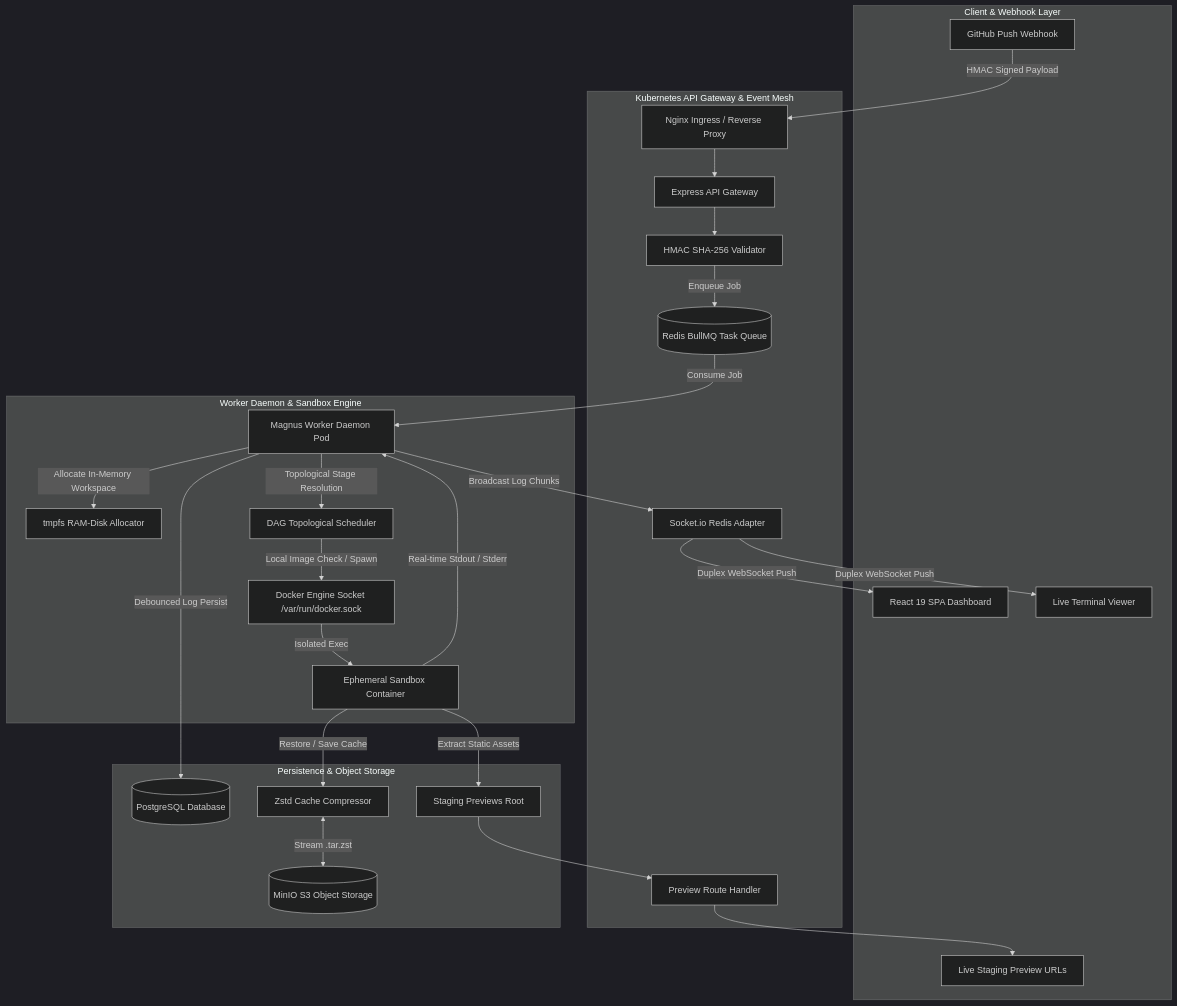
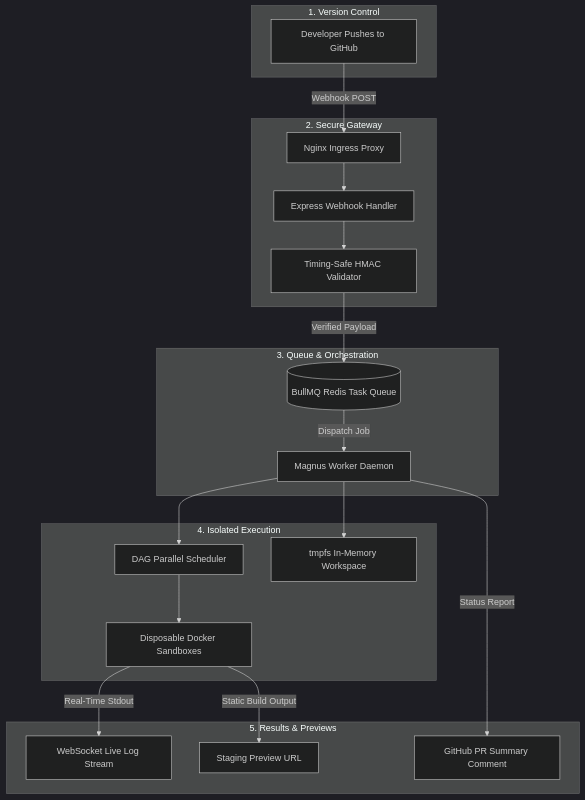
Before and after one commit to AmanKashyapp07/MagnusCI: the diagram in README.md, drawn with Mermaid (dark theme). The commit also changed other lines of this file and 13 other files, not shown here.

````diff
--- a/README.md
+++ b/README.md
@@ -177,60 +76,43 @@
 ```mermaid
-graph TD
-    %% Ingress & Client
-    subgraph ClientLayer [Client & Webhook Layer]
-        A1[GitHub Push Webhook]
-        A2[React 19 SPA Dashboard]
-        A3[Live Terminal Viewer]
-        A4[Live Staging Preview URLs]
+flowchart TD
+    subgraph Git ["1. Version Control"]
+        Push["Developer Pushes to GitHub"]
     end
 
-    %% Gateway & Queue
-    subgraph GatewayLayer [Kubernetes API Gateway & Event Mesh]
-        B1[Nginx Ingress / Reverse Proxy]
-        B2[Express API Gateway]
-        B3[HMAC SHA-256 Validator]
-        B4[(Redis BullMQ Task Queue)]
-        B5[Socket.io Redis Adapter]
-        B6[Preview Route Handler]
+    subgraph Ingress ["2. Secure Gateway"]
+        Nginx["Nginx Ingress Proxy"]
+        Express["Express Webhook Handler"]
+        HMAC["Timing-Safe HMAC Validator"]
     end
 
-    %% Execution & Sandboxes
-    subgraph WorkerLayer [Worker Daemon & Sandbox Engine]
-        C1[Magnus Worker Daemon Pod]
-        C2[tmpfs RAM-Disk Allocator]
-        C3[DAG Topological Scheduler]
-        C4[Docker Engine Socket /var/run/docker.sock]
-        C5[Ephemeral Sandbox Container]
+    subgraph Queue ["3. Queue & Orchestration"]
+        BullMQ[("BullMQ Redis Task Queue")]
+        Worker["Magnus Worker Daemon"]
     end
 
-    %% Persistence
-    subgraph StorageLayer [Persistence & Object Storage]
-        D1[(PostgreSQL Database)]
-        D2[(MinIO S3 Object Storage)]
-        D3[Zstd Cache Compressor]
-        D4[Staging Previews Root]
+    subgraph Execution ["4. Isolated Execution"]
+        DAG["DAG Parallel Scheduler"]
+        RAMDisk["tmpfs In-Memory Workspace"]
+        Docker["Disposable Docker Sandboxes"]
     end
 
-    %% Connections
-    A1 -->|HMAC Signed Payload| B1
-    B1 --> B2
-    B2 --> B3
-    B3 -->|Enqueue Job| B4
-    B4 -->|Consume Job| C1
-    
-    C1 -->|Allocate In-Memory Workspace| C2
-    C1 -->|Topological Stage Resolution| C3
-    C3 -->|Local Image Check / Spawn| C4
-    C4 -->|Isolated Exec| C5
-    
-    C5 -->|Restore / Save Cache| D3
-    D3 <-->|Stream .tar.zst| D2
-    C5 -->|Extract Static Assets| D4
-    D4 --> B6
-    B6 --> A4
-    
-    C5 -->|Real-time Stdout / Stderr| C1
-    C1 -->|Debounced Log Persist| D1
-    C1 -->|Broadcast Log Chunks| B5
-    B5 -->|Duplex WebSocket Push| A2 & A3
+    subgraph Outputs ["5. Results & Previews"]
+        LiveLogs["WebSocket Live Log Stream"]
+        Previews["Staging Preview URL"]
+        PRBot["GitHub PR Summary Comment"]
+    end
+
+    Push -->|Webhook POST| Nginx
+    Nginx --> Express
+    Express --> HMAC
+    HMAC -->|Verified Payload| BullMQ
+    BullMQ -->|Dispatch Job| Worker
+
+    Worker --> RAMDisk
+    Worker --> DAG
+    DAG --> Docker
+
+    Docker -->|Real-Time Stdout| LiveLogs
+    Docker -->|Static Build Output| Previews
+    Worker -->|Status Report| PRBot
 ```
````
